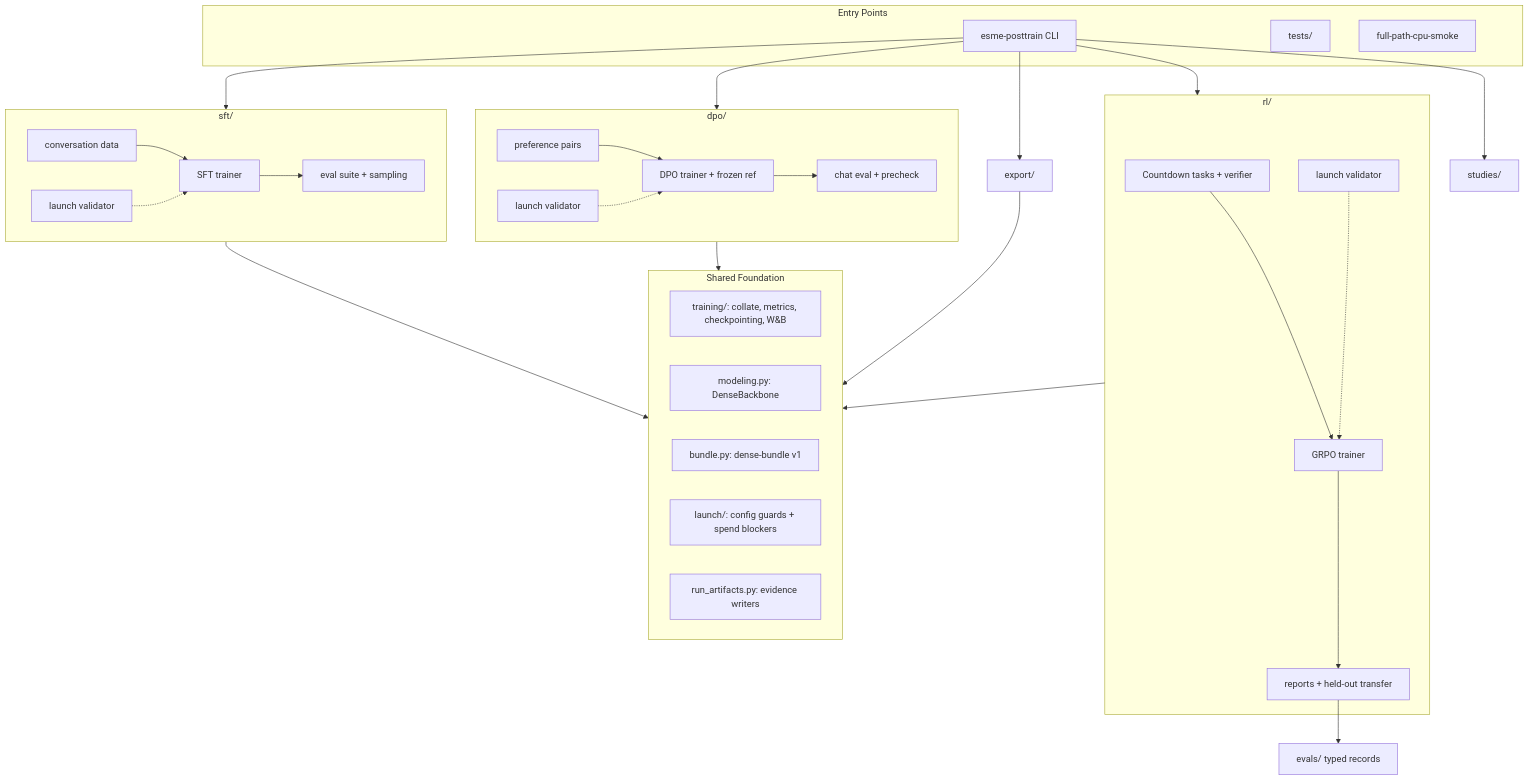
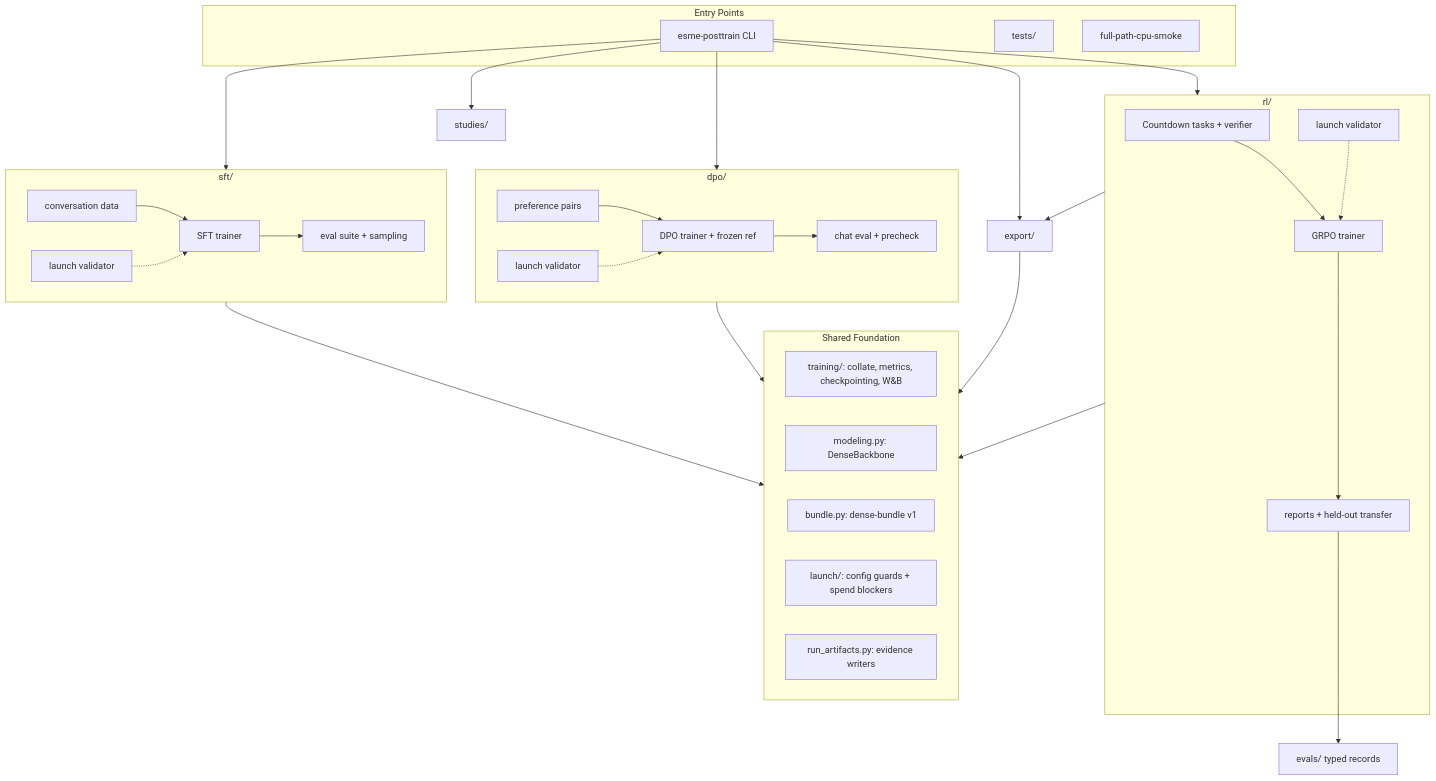
The second of 2 diagrams in docs/architecture.md (adamthuvesen/esme-posttrain), drawn with Mermaid before and after one commit. The commit also changed other lines of this file and 46 other files, not shown here.

````diff
--- a/docs/architecture.md
+++ b/docs/architecture.md
@@ -90,60 +90,61 @@
 ```mermaid
 flowchart TB
     subgraph entry [Entry Points]
         CLI["esme-posttrain CLI"]
         Tests["tests/"]
         Smoke["full-path-cpu-smoke"]
     end
 
     subgraph sft [sft/]
         SFTData["conversation data"]
         SFTLaunch["launch validator"]
         SFTTrainer["SFT trainer"]
         SFTEval["eval suite + sampling"]
     end
 
     subgraph dpo [dpo/]
         DPOData["preference pairs"]
         DPOLaunch["launch validator"]
         DPOTrainer["DPO trainer + frozen ref"]
         DPOEval["chat eval + precheck"]
     end
 
     subgraph rl [rl/]
         RLData["Countdown tasks + verifier"]
         RLLaunch["launch validator"]
         GRPO["GRPO trainer"]
         RLEval["reports + held-out transfer"]
     end
 
     Export["export/"]
     Studies["studies/"]
     Evals["evals/ typed records"]
 
     subgraph shared [Shared Foundation]
         Training["training/: collate, metrics, checkpointing, W&B"]
         Modeling["modeling.py: DenseBackbone"]
         BundleIO["bundle.py: dense-bundle v1"]
         Guards["launch/: config guards + spend blockers"]
         RunArtifacts["run_artifacts.py: evidence writers"]
     end
 
     CLI --> sft
     CLI --> dpo
     CLI --> rl
     CLI --> Export
     CLI --> Studies
 
     SFTData --> SFTTrainer --> SFTEval
     SFTLaunch -.-> SFTTrainer
     DPOData --> DPOTrainer --> DPOEval
     DPOLaunch -.-> DPOTrainer
     RLData --> GRPO --> RLEval
     RLLaunch -.-> GRPO
 
     RLEval --> Evals
     sft --> shared
     dpo --> shared
     rl --> shared
+    rl --> Export
     Export --> shared
 ```
````
